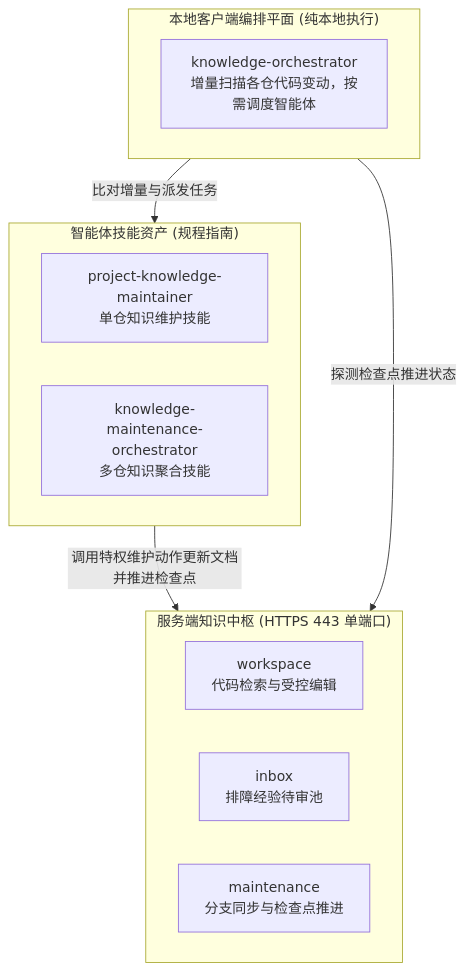
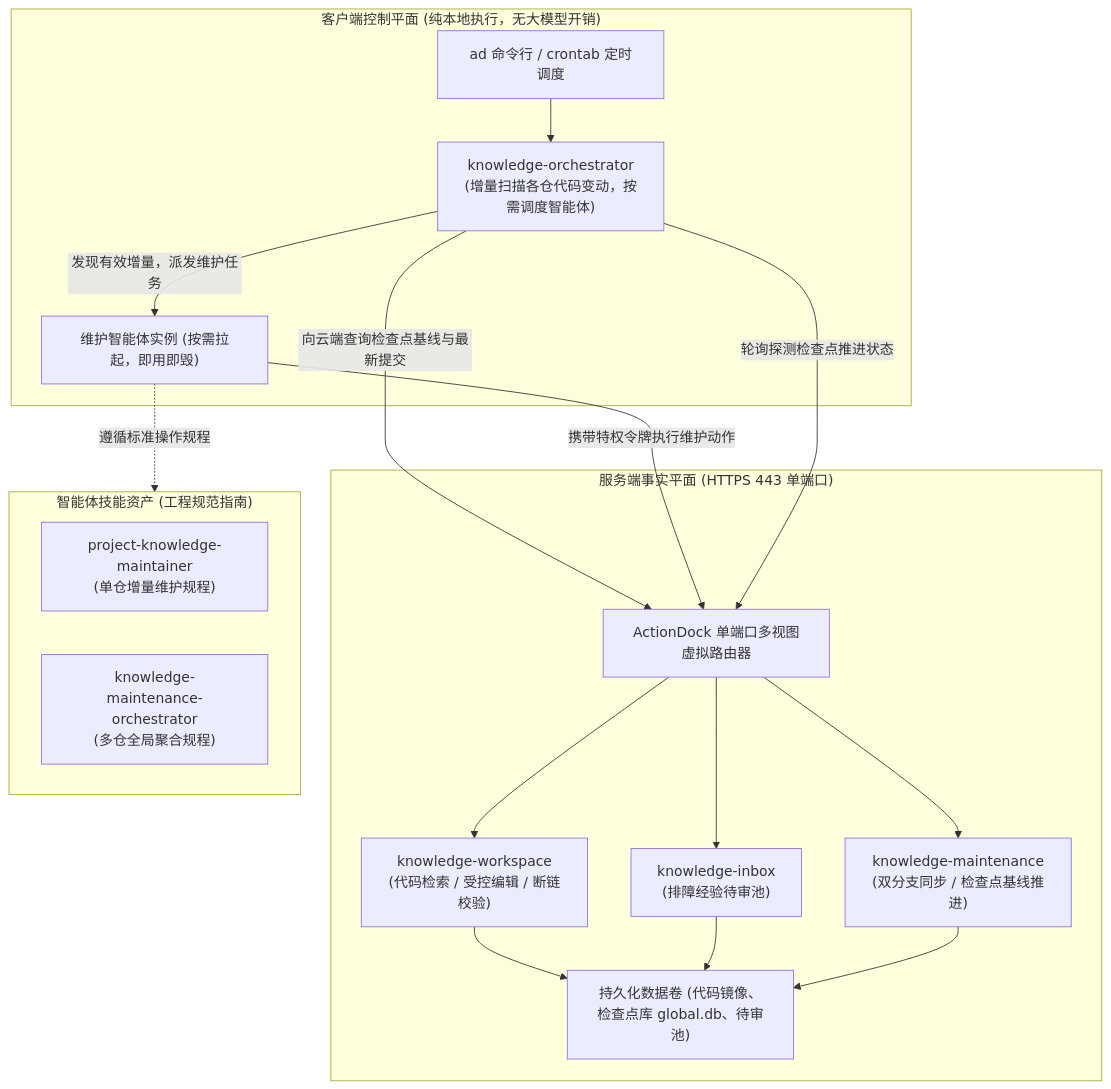
Before and after one commit to fjay/knowledge-dock: the diagram in README.md, drawn with Mermaid. The commit also changed other lines of this file and 4 other files, not shown here.

````diff
--- a/README.md
+++ b/README.md
@@ -16,21 +51,34 @@
 ```mermaid
 flowchart TD
-    subgraph Client ["本地客户端编排平面 (纯本地执行)"]
-        Orchestrator["knowledge-orchestrator<br/>增量扫描各仓代码变动，按需调度智能体"]
+    subgraph ClientPlane ["客户端控制平面 (纯本地执行，无大模型开销)"]
+        CLI["ad 命令行 / crontab 定时调度"]
+        Orchestrator["knowledge-orchestrator<br/>(增量扫描各仓代码变动，按需调度智能体)"]
+        LocalAgent["维护智能体实例 (按需拉起，即用即毁)"]
     end
 
-    subgraph Skills ["智能体技能资产 (规程指南)"]
-        SkillSingle["project-knowledge-maintainer<br/>单仓知识维护技能"]
-        SkillMulti["knowledge-maintenance-orchestrator<br/>多仓知识聚合技能"]
+    subgraph ServerPlane ["服务端事实平面 (HTTPS 443 单端口)"]
+        Router["ActionDock 单端口多视图虚拟路由器"]
+        Workspace["knowledge-workspace<br/>(代码检索 / 受控编辑 / 断链校验)"]
+        Inbox["knowledge-inbox<br/>(排障经验待审池)"]
+        Maintenance["knowledge-maintenance<br/>(双分支同步 / 检查点基线推进)"]
+        Storage["持久化数据卷 (代码镜像、检查点库 global.db、待审池)"]
     end
 
-    subgraph Server ["服务端知识中枢 (HTTPS 443 单端口)"]
-        Workspace["workspace<br/>代码检索与受控编辑"]
-        Inbox["inbox<br/>排障经验待审池"]
-        Maintenance["maintenance<br/>分支同步与检查点推进"]
+    subgraph SkillsAsset ["智能体技能资产 (工程规范指南)"]
+        SingleSkill["project-knowledge-maintainer<br/>(单仓增量维护规程)"]
+        MultiSkill["knowledge-maintenance-orchestrator<br/>(多仓全局聚合规程)"]
     end
 
-    Client -->|"比对增量与派发任务"| Skills
-    Skills -->|"调用特权维护动作更新文档并推进检查点"| Server
-    Client -->|"探测检查点推进状态"| Server
+    CLI --> Orchestrator
+    Orchestrator -->|"向云端查询检查点基线与最新提交"| Router
+    Orchestrator -->|"发现有效增量，派发维护任务"| LocalAgent
+    LocalAgent -.->|"遵循标准操作规程"| SkillsAsset
+    LocalAgent -->|"携带特权令牌执行维护动作"| Router
+    Router --> Workspace
+    Router --> Inbox
+    Router --> Maintenance
+    Workspace --> Storage
+    Inbox --> Storage
+    Maintenance --> Storage
+    Orchestrator -->|"轮询探测检查点推进状态"| Router
 ```
````
